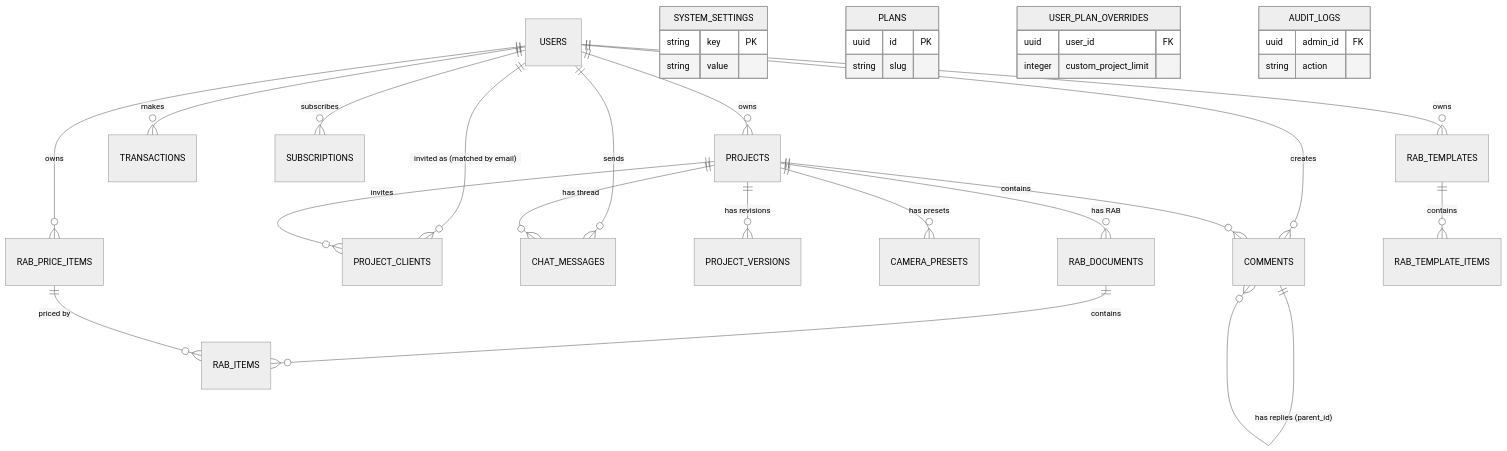
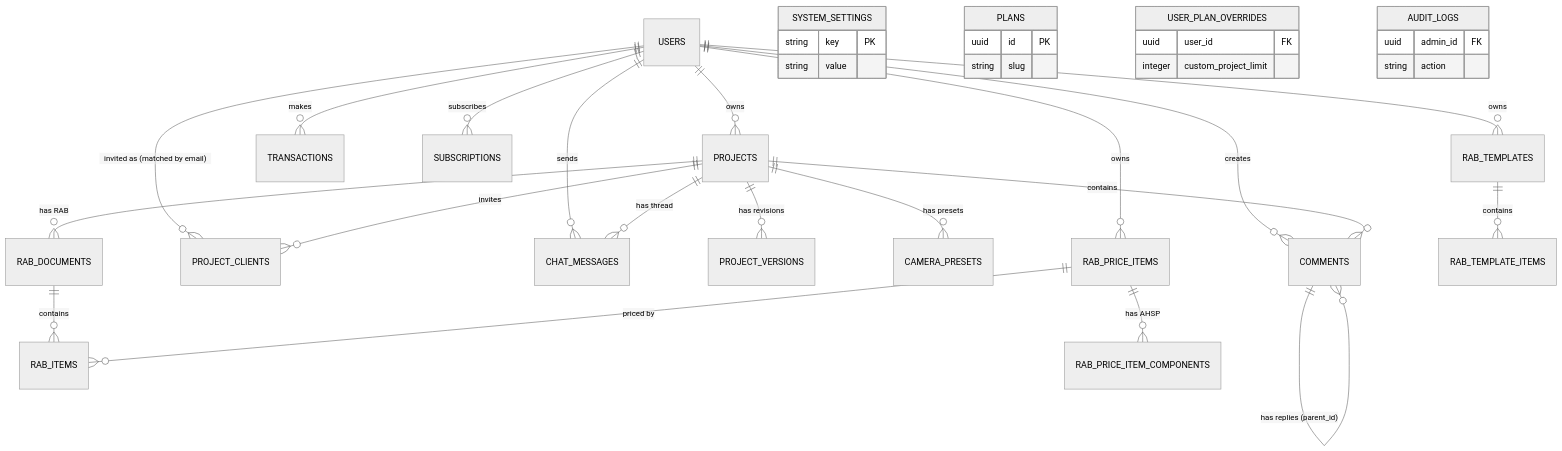
One commit to fantasiraya/web3d_arsitek changed the diagram in guide/DATABASE_SCHEMA.md. Above: the diagram before and after it, drawn with Mermaid (neutral theme). The commit also changed other lines of this file and 6 other files, not shown here.

````diff
--- a/guide/DATABASE_SCHEMA.md
+++ b/guide/DATABASE_SCHEMA.md
@@ -13,37 +14,38 @@
 ```mermaid
 erDiagram
     USERS ||--o{ PROJECTS : "owns"
     USERS ||--o{ COMMENTS : "creates"
     USERS ||--o{ TRANSACTIONS : "makes"
     USERS ||--o{ SUBSCRIPTIONS : "subscribes"
     USERS ||--o{ PROJECT_CLIENTS : "invited as (matched by email)"
     USERS ||--o{ CHAT_MESSAGES : "sends"
     PROJECTS ||--o{ COMMENTS : "contains"
     PROJECTS ||--o{ PROJECT_VERSIONS : "has revisions"
     PROJECTS ||--o{ PROJECT_CLIENTS : "invites"
     PROJECTS ||--o{ CHAT_MESSAGES : "has thread"
     PROJECTS ||--o{ CAMERA_PRESETS : "has presets"
     COMMENTS ||--o{ COMMENTS : "has replies (parent_id)"
     USERS ||--o{ RAB_PRICE_ITEMS : "owns"
     USERS ||--o{ RAB_TEMPLATES : "owns"
     PROJECTS ||--o{ RAB_DOCUMENTS : "has RAB"
     RAB_DOCUMENTS ||--o{ RAB_ITEMS : "contains"
     RAB_TEMPLATES ||--o{ RAB_TEMPLATE_ITEMS : "contains"
     RAB_PRICE_ITEMS ||--o{ RAB_ITEMS : "priced by"
+    RAB_PRICE_ITEMS ||--o{ RAB_PRICE_ITEM_COMPONENTS : "has AHSP"
     SYSTEM_SETTINGS {
         string key PK
         string value
     }
     PLANS {
         uuid id PK
         string slug
     }
     USER_PLAN_OVERRIDES {
         uuid user_id FK
         integer custom_project_limit
     }
     AUDIT_LOGS {
         uuid admin_id FK
         string action
     }
 ```
````
